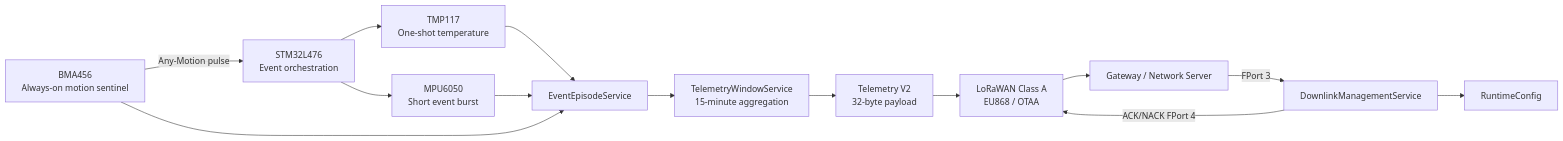
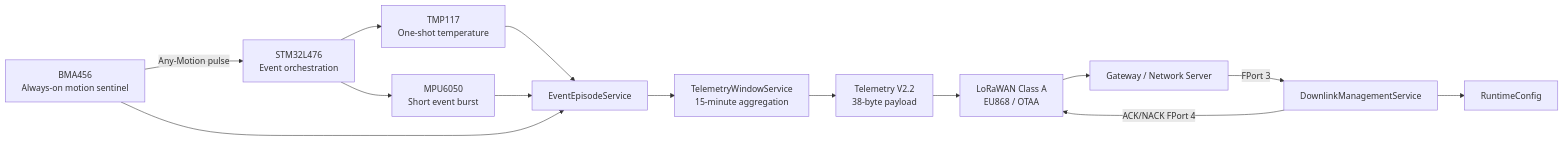
The diagram in README.md (ehsanh95/bolus-firmware), drawn with Mermaid before and after one commit. The commit also changed other lines of this file and 16 other files, not shown here.

Commit message:
Add compact telemetry V2.2 payload

````diff
--- a/README.md
+++ b/README.md
@@ -31,19 +31,19 @@
 ```mermaid
 flowchart LR
     BMA[BMA456\nAlways-on motion sentinel] -->|Any-Motion pulse| MCU[STM32L476\nEvent orchestration]
     MCU --> TMP[TMP117\nOne-shot temperature]
     MCU --> MPU[MPU6050\nShort event burst]
 
     TMP --> EP[EventEpisodeService]
     MPU --> EP
     BMA --> EP
 
     EP --> TW[TelemetryWindowService\n15-minute aggregation]
-    TW --> CODEC[Telemetry V2\n32-byte payload]
+    TW --> CODEC[Telemetry V2.2\n38-byte payload]
     CODEC --> LORA[LoRaWAN Class A\nEU868 / OTAA]
     LORA --> NET[Gateway / Network Server]
 
     NET -->|FPort 3| DL[DownlinkManagementService]
     DL --> CFG[RuntimeConfig]
     DL -->|ACK/NACK FPort 4| LORA
 ```
````
